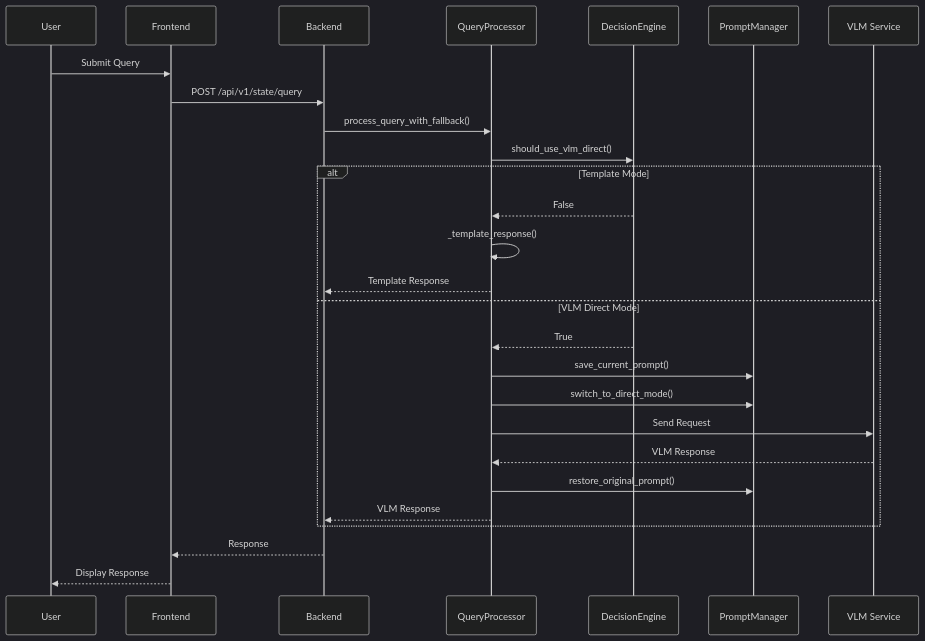
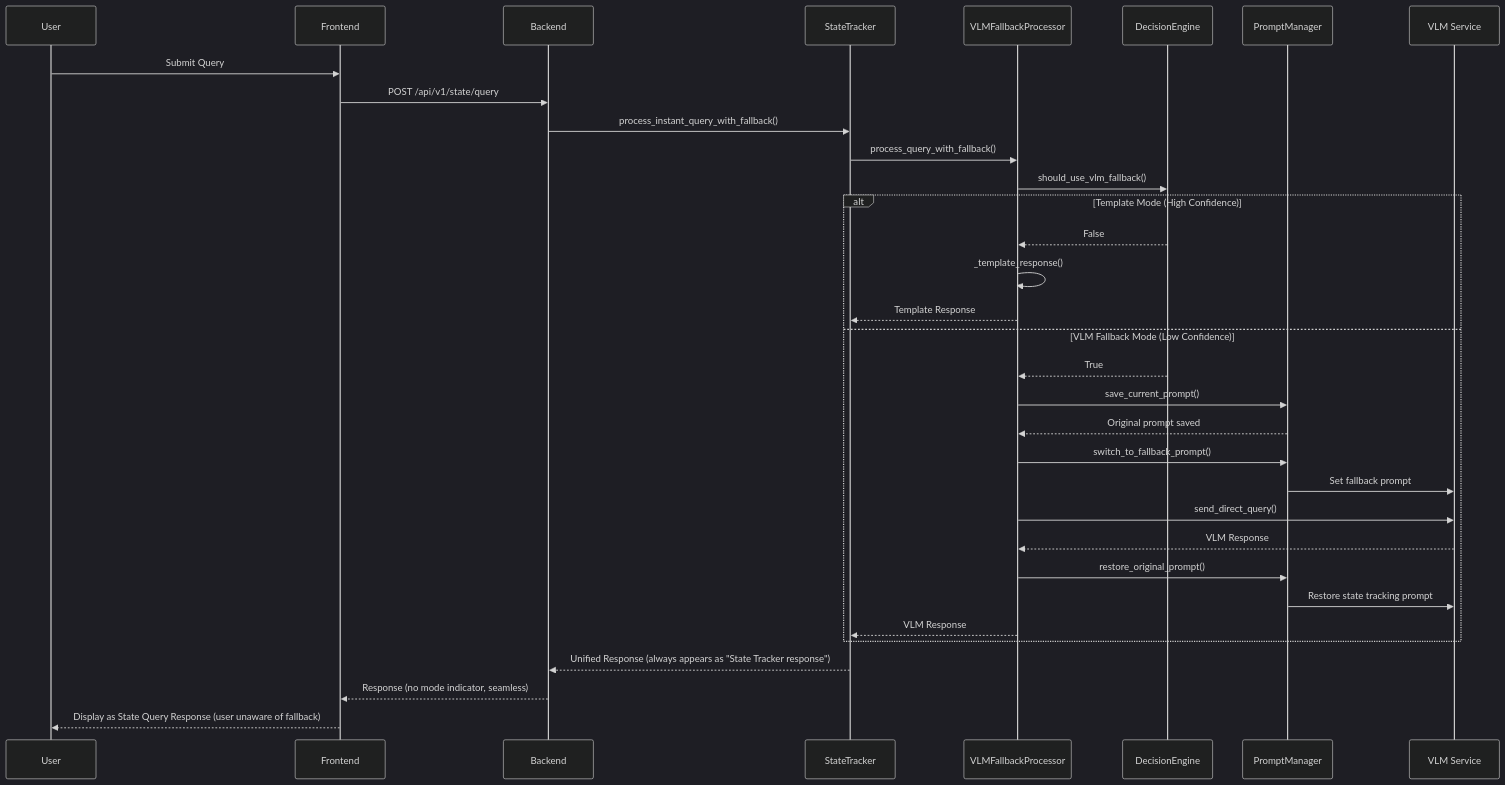
Before and after one commit to yitzuliu/DissertationDemo: the diagram in .kiro/specs/vlm-fallback-system/design.md, drawn with Mermaid (dark theme). The commit also changed other lines of this file and 6 other files, not shown here.

First line of the commit message:
Implement VLM Fallback System with enhanced query handling

````diff
--- a/.kiro/specs/vlm-fallback-system/design.md
+++ b/.kiro/specs/vlm-fallback-system/design.md
@@ -81,32 +166,38 @@
 ```mermaid
 sequenceDiagram
     participant U as User
     participant F as Frontend
     participant B as Backend
-    participant QP as QueryProcessor
+    participant ST as StateTracker
+    participant VFP as VLMFallbackProcessor
     participant DE as DecisionEngine
     participant PM as PromptManager
     participant VLM as VLM Service
     
     U->>F: Submit Query
     F->>B: POST /api/v1/state/query
-    B->>QP: process_query_with_fallback()
-    QP->>DE: should_use_vlm_direct()
+    B->>ST: process_instant_query_with_fallback()
+    ST->>VFP: process_query_with_fallback()
+    VFP->>DE: should_use_vlm_fallback()
     
-    alt Template Mode
-        DE-->>QP: False
-        QP->>QP: _template_response()
-        QP-->>B: Template Response
-    else VLM Direct Mode
-        DE-->>QP: True
-        QP->>PM: save_current_prompt()
-        QP->>PM: switch_to_direct_mode()
-        QP->>VLM: Send Request
-        VLM-->>QP: VLM Response
-        QP->>PM: restore_original_prompt()
-        QP-->>B: VLM Response
+    alt Template Mode (High Confidence)
+        DE-->>VFP: False
+        VFP->>VFP: _template_response()
+        VFP-->>ST: Template Response
+    else VLM Fallback Mode (Low Confidence)
+        DE-->>VFP: True
+        VFP->>PM: save_current_prompt()
+        PM-->>VFP: Original prompt saved
+        VFP->>PM: switch_to_fallback_prompt()
+        PM->>VLM: Set fallback prompt
+        VFP->>VLM: send_direct_query()
+        VLM-->>VFP: VLM Response
+        VFP->>PM: restore_original_prompt()
+        PM->>VLM: Restore state tracking prompt
+        VFP-->>ST: VLM Response
     end
     
-    B-->>F: Response
-    F-->>U: Display Response
+    ST-->>B: Unified Response (always appears as "State Tracker response")
+    B-->>F: Response (no mode indicator, seamless)
+    F-->>U: Display as State Query Response (user unaware of fallback)
 ```
````
